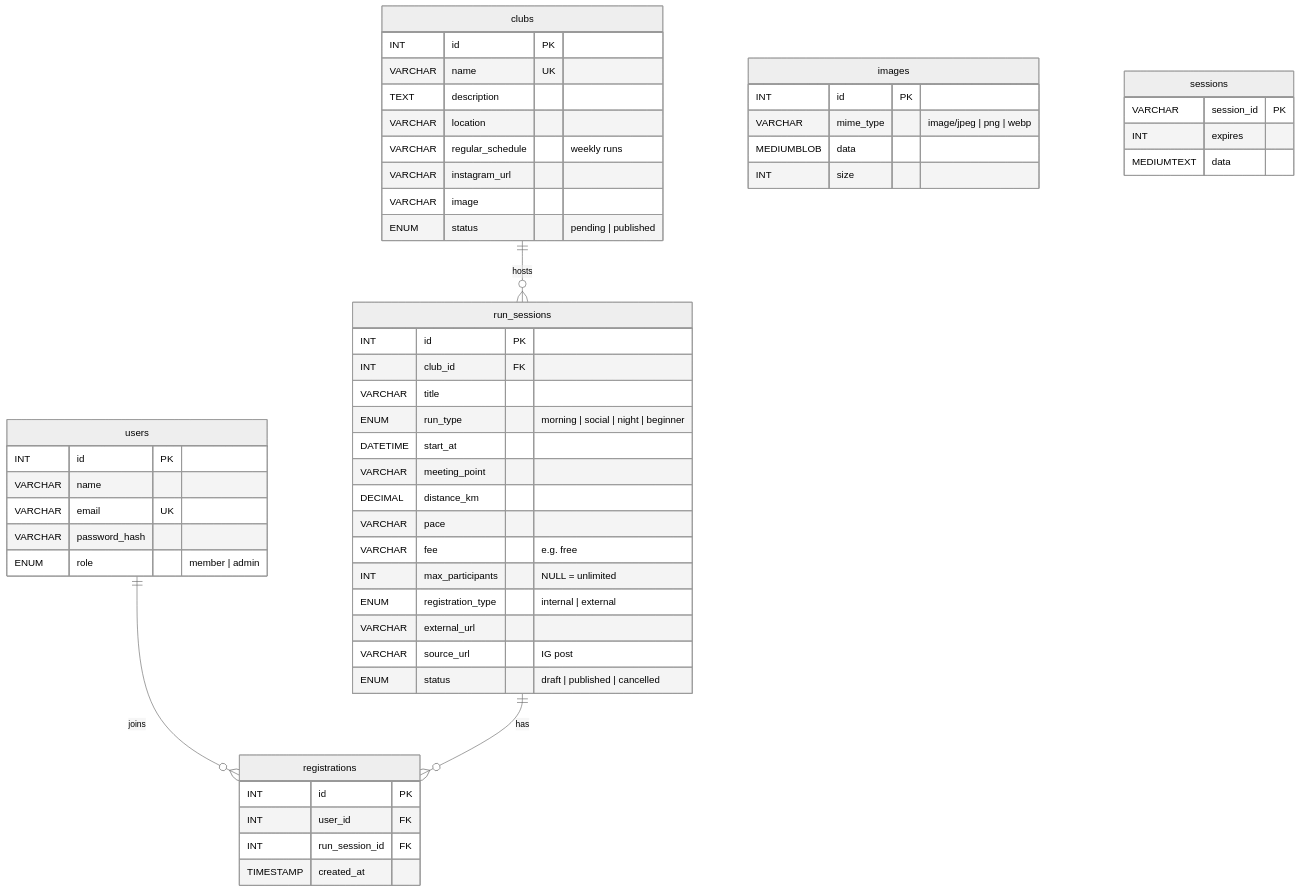
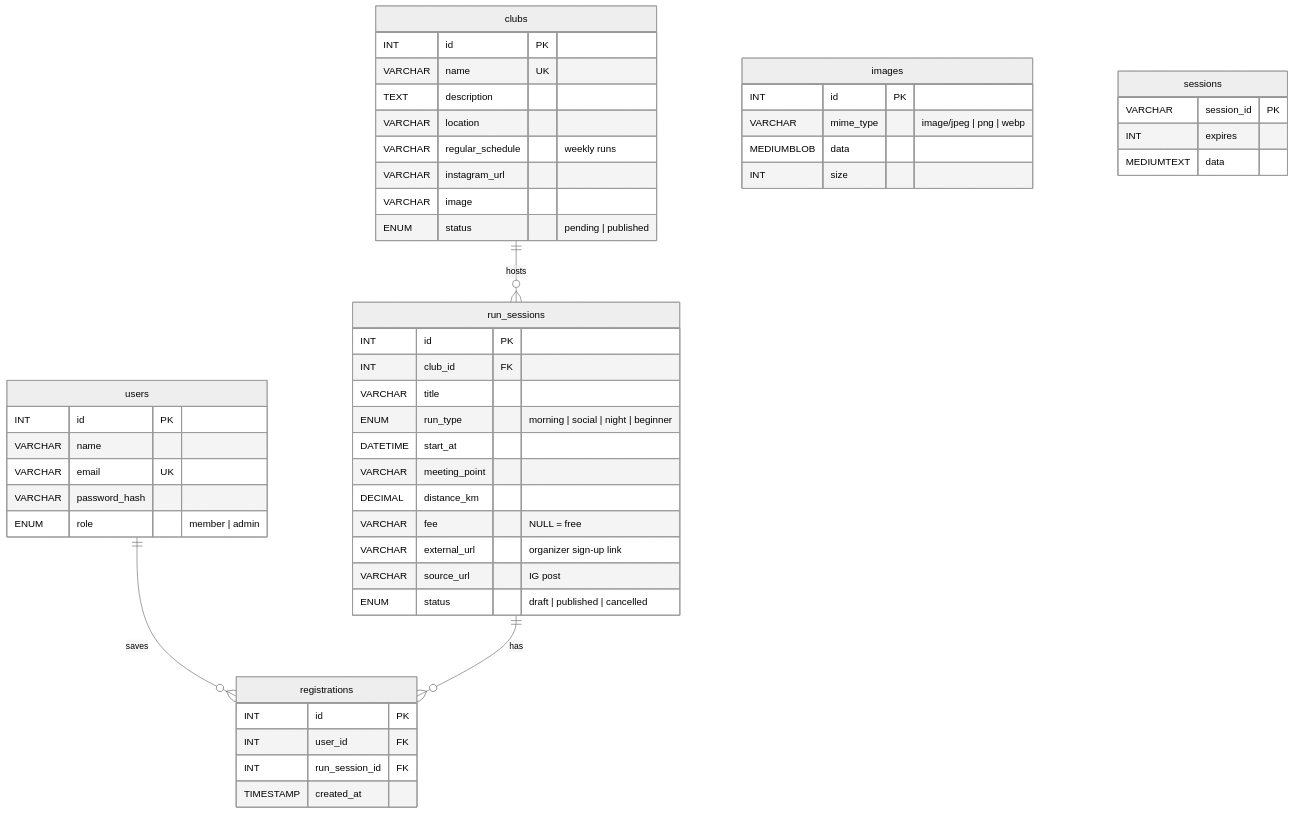
One commit to pakamonnoey/runclubver2 changed the diagram in database/README.md. Above: the diagram before and after it, drawn with Mermaid (neutral theme). The commit also changed other lines of this file and 21 other files, not shown here.

Commit message:
Replace Join with save-to-list; remove pace/capacity/registration type; blank fee shows free; fix admin table rows

````diff
--- a/database/README.md
+++ b/database/README.md
@@ -7,57 +7,54 @@
 ```mermaid
 erDiagram
-    users ||--o{ registrations : "joins"
+    users ||--o{ registrations : "saves"
     clubs ||--o{ run_sessions : "hosts"
     run_sessions ||--o{ registrations : "has"
 
     users {
         INT id PK
         VARCHAR name
         VARCHAR email UK
         VARCHAR password_hash
         ENUM role "member | admin"
     }
     clubs {
         INT id PK
         VARCHAR name UK
         TEXT description
         VARCHAR location
         VARCHAR regular_schedule "weekly runs"
         VARCHAR instagram_url
         VARCHAR image
         ENUM status "pending | published"
     }
     run_sessions {
         INT id PK
         INT club_id FK
         VARCHAR title
         ENUM run_type "morning | social | night | beginner"
         DATETIME start_at
         VARCHAR meeting_point
         DECIMAL distance_km
-        VARCHAR pace
-        VARCHAR fee "e.g. free"
-        INT max_participants "NULL = unlimited"
-        ENUM registration_type "internal | external"
-        VARCHAR external_url
+        VARCHAR fee "NULL = free"
+        VARCHAR external_url "organizer sign-up link"
         VARCHAR source_url "IG post"
         ENUM status "draft | published | cancelled"
     }
     registrations {
         INT id PK
         INT user_id FK
         INT run_session_id FK
         TIMESTAMP created_at
     }
     images {
         INT id PK
         VARCHAR mime_type "image/jpeg | png | webp"
         MEDIUMBLOB data
         INT size
     }
     sessions {
         VARCHAR session_id PK
         INT expires
         MEDIUMTEXT data
     }
 ```
````
